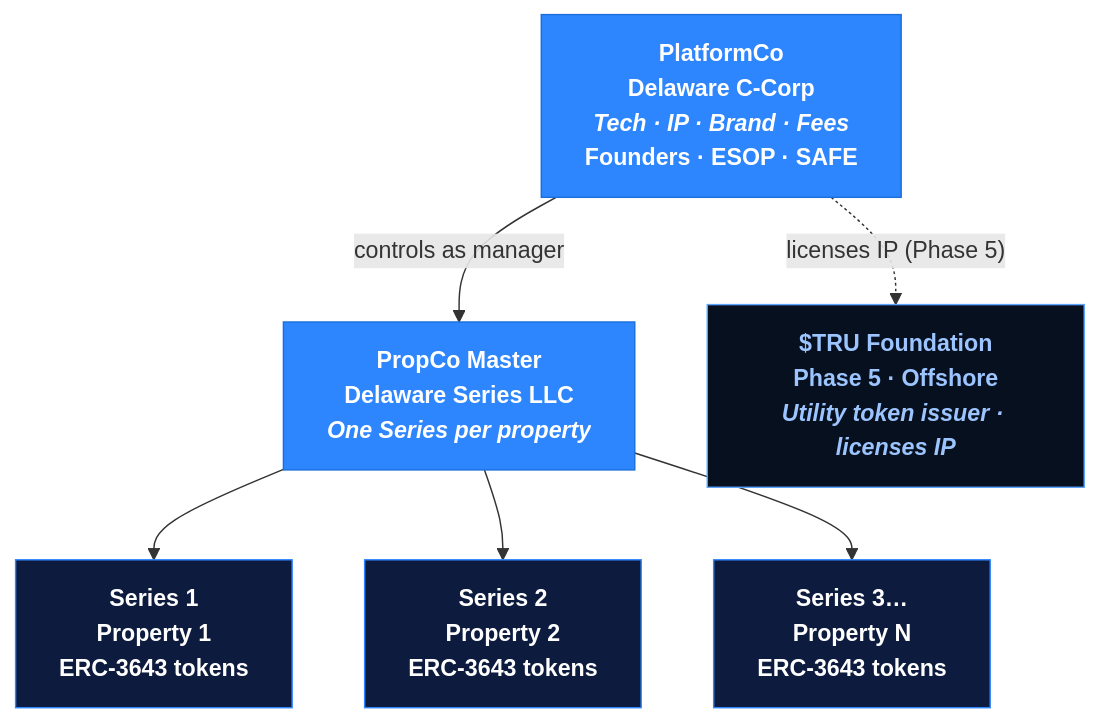
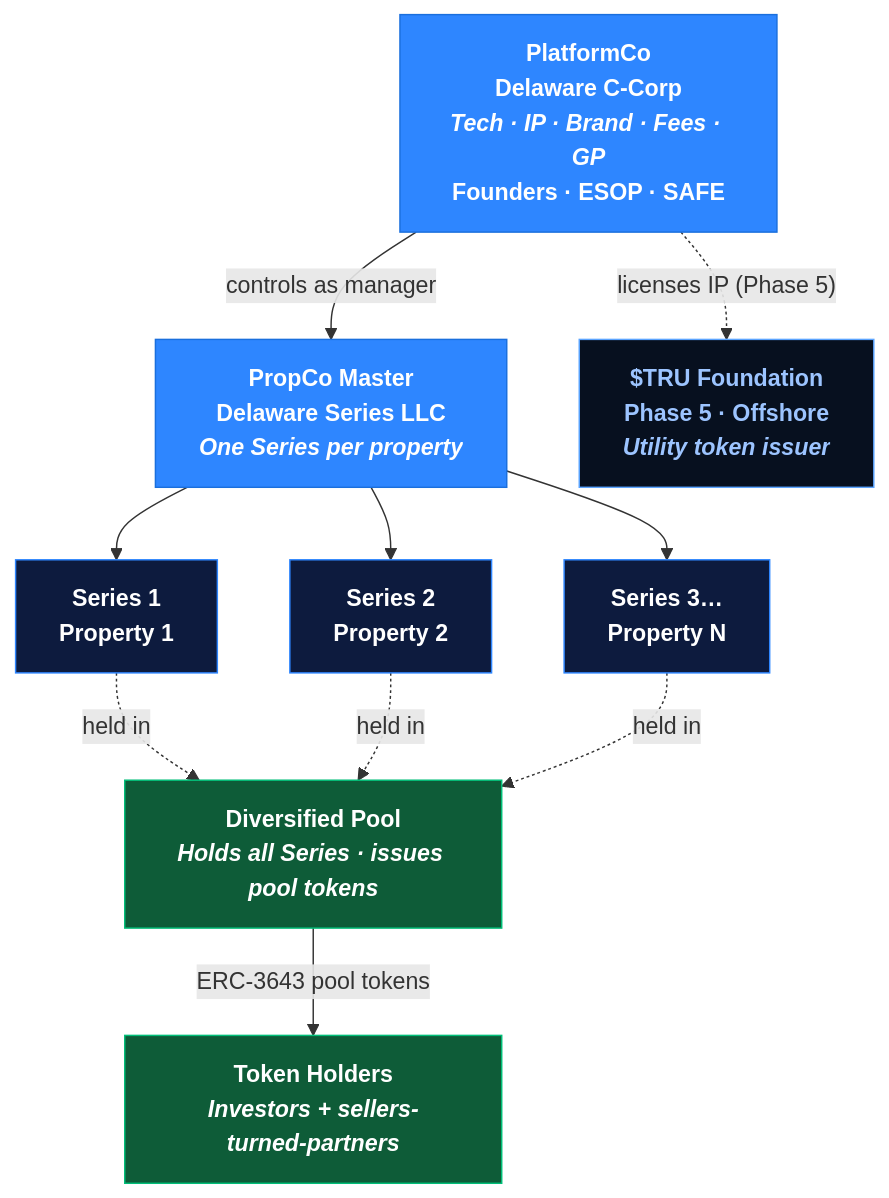
The diagram in docs/corporate-structure.md (Gur-noor/Property-United), drawn with Mermaid before and after one commit. The commit also changed other lines of this file and 11 other files, not shown here.

First line of the commit message:
Rework whitepaper around diversified-pool / token-exchange thesis

````diff
--- a/docs/corporate-structure.md
+++ b/docs/corporate-structure.md
@@ -11,22 +11,29 @@
 ```mermaid
 flowchart TD
-    P["<b>PlatformCo</b><br/>Delaware C-Corp<br/><i>Tech · IP · Brand · Fees</i><br/>Founders · ESOP · SAFE"]
+    P["<b>PlatformCo</b><br/>Delaware C-Corp<br/><i>Tech · IP · Brand · Fees · GP</i><br/>Founders · ESOP · SAFE"]
     M["<b>PropCo Master</b><br/>Delaware Series LLC<br/><i>One Series per property</i>"]
-    S1["<b>Series 1</b><br/>Property 1<br/>ERC-3643 tokens"]
-    S2["<b>Series 2</b><br/>Property 2<br/>ERC-3643 tokens"]
-    S3["<b>Series 3…</b><br/>Property N<br/>ERC-3643 tokens"]
-    F["<b>$TRU Foundation</b><br/>Phase 5 · Offshore<br/><i>Utility token issuer · licenses IP</i>"]
+    POOL["<b>Diversified Pool</b><br/><i>Holds all Series · issues pool tokens</i>"]
+    S1["<b>Series 1</b><br/>Property 1"]
+    S2["<b>Series 2</b><br/>Property 2"]
+    S3["<b>Series 3…</b><br/>Property N"]
+    F["<b>$TRU Foundation</b><br/>Phase 5 · Offshore<br/><i>Utility token issuer</i>"]
 
     P -- "controls as manager" --> M
     M --> S1
     M --> S2
     M --> S3
+    S1 -. "held in" .-> POOL
+    S2 -. "held in" .-> POOL
+    S3 -. "held in" .-> POOL
+    POOL -- "ERC-3643 pool tokens" --> H["<b>Token Holders</b><br/><i>Investors + sellers-turned-partners</i>"]
     P -. "licenses IP (Phase 5)" .-> F
 
     classDef platform fill:#2E86FF,stroke:#1a6fdd,color:#fff,font-weight:bold;
     classDef series fill:#0d1b3e,stroke:#2E86FF,color:#ffffff,font-weight:600;
+    classDef pool fill:#0e5c38,stroke:#00be78,color:#ffffff,font-weight:bold;
     classDef foundation fill:#07101f,stroke:#5ba4ff,color:#9cc4ff,font-weight:600;
     class P,M platform;
     class S1,S2,S3 series;
+    class POOL,H pool;
     class F foundation;
 ```
````
